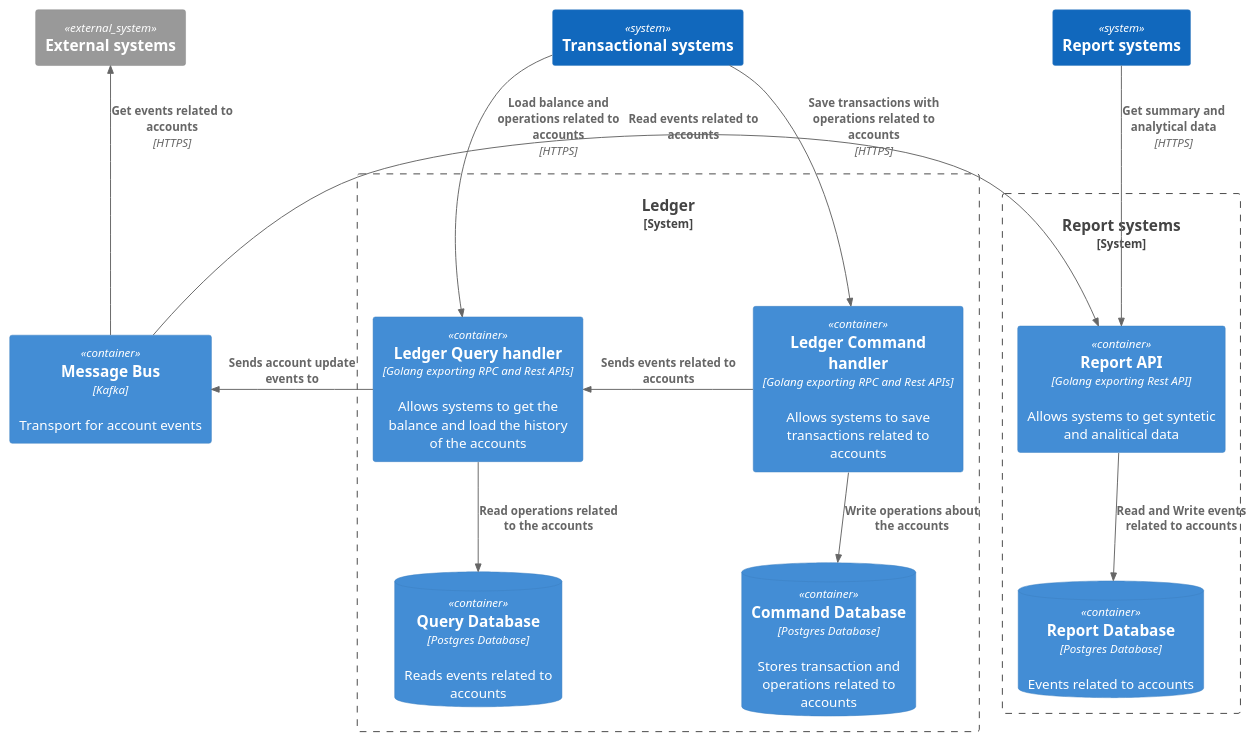
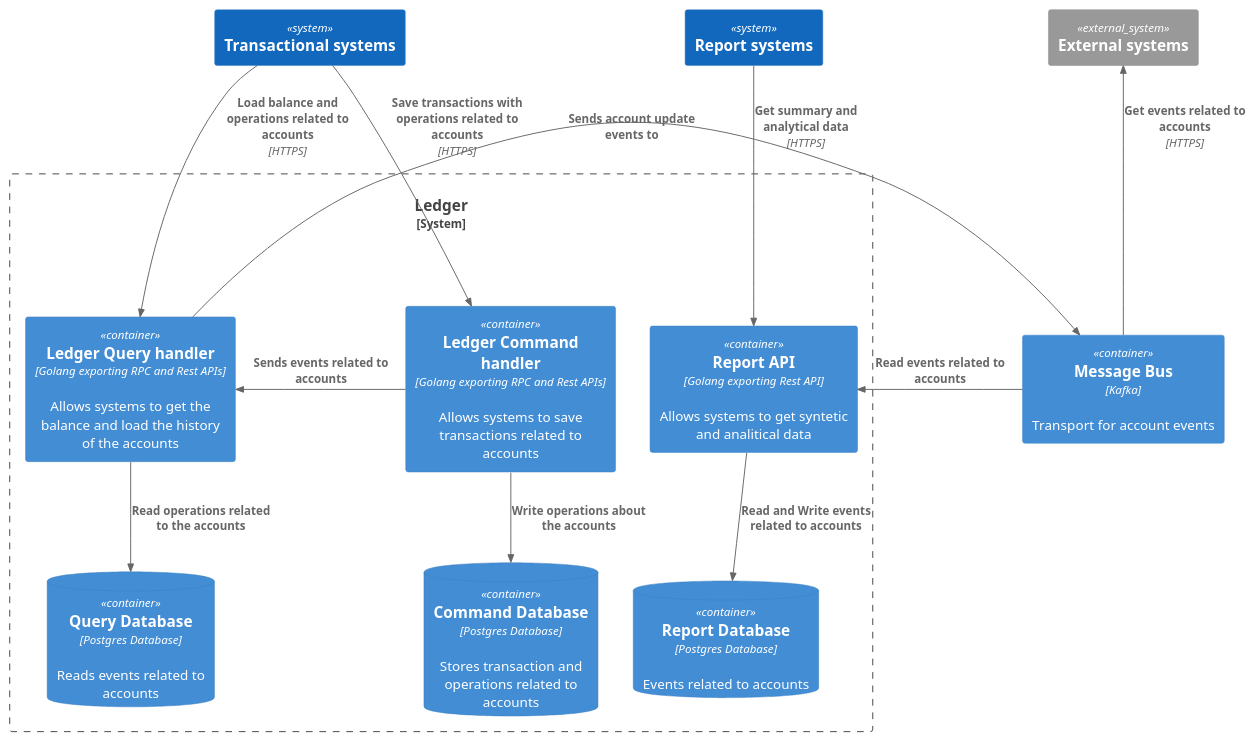
The diagram in docs/c4model/level_2_step_by_step/level_2_d_container_diagram.puml (fernandodr19/the-amazing-ledger), drawn with PlantUML before and after one commit. The commit also changed 7 other files, not shown here.

Commit message:
chore: update diagrams

```diff
--- a/docs/c4model/level_2_step_by_step/level_2_d_container_diagram.puml
+++ b/docs/c4model/level_2_step_by_step/level_2_d_container_diagram.puml
@@ -1,44 +1,44 @@
 @startuml Basic Sample
 !includeurl https://raw.githubusercontent.com/RicardoNiepel/C4-PlantUML/release/1-0/C4_Container.puml
 
 ' LAYOUT_LEFT_RIGHT
 ' LAYOUT_WITH_LEGEND()
 
 System(transactional_systems, "Transactional systems")
 System(report_systems, "Report systems")
 System_Ext(external_systems, "External systems")
 
 System_Boundary(ledger, "Ledger") {
     Container(ledger_command_api, "Ledger Command handler", "Golang exporting RPC and Rest APIs", "Allows systems to save transactions related to accounts")
     Container(ledger_query_api, "Ledger Query handler", "Golang exporting RPC and Rest APIs", "Allows systems to get the balance and load the history of the accounts")
     ContainerDb(query_database, "Query Database", "Postgres Database", "Reads events related to accounts")
     ContainerDb(command_database, "Command Database", "Postgres Database", "Stores transaction and operations related to accounts")
+    Container(report_api, "Report API", "Golang exporting Rest API", "Allows systems to get syntetic and analitical data")
+    ContainerDb(report_database, "Report Database", "Postgres Database", "Events related to accounts")
 }
 
 Container(message_bus, "Message Bus", "Kafka", "Transport for account events")
 
-Rel_L(ledger_query_api, message_bus, "Sends account update events to")
+Rel_Neighbor(ledger_query_api, message_bus, "Sends account update events to")
 
 Rel(ledger_command_api, command_database, "Write operations about the accounts")
 Rel(ledger_query_api, query_database, "Read operations related to the accounts")
 
 Rel(transactional_systems, ledger_command_api, "Save transactions with operations related to accounts", "HTTPS")
 Rel(transactional_systems, ledger_query_api, "Load balance and operations related to accounts", "HTTPS")
 
-System_Boundary(reports, "Report systems") {
-    Container(report_api, "Report API", "Golang exporting Rest API", "Allows systems to get syntetic and analitical data")
-    ContainerDb(report_database, "Report Database", "Postgres Database", "Events related to accounts")
-}
+' System_Boundary(reports, "Report systems") {
+' }
 
 Rel(report_api, report_database, "Read and Write events related to accounts")
 Rel_Back_Neighbor(report_api, message_bus, "Read events related to accounts")
 
 Rel(report_systems, report_api, "Get summary and analytical data", "HTTPS")
 
 Rel_Back(external_systems, message_bus, "Get events related to accounts", "HTTPS")
 
 Rel_Neighbor(ledger_command_api, ledger_query_api, "Sends events related to accounts")
 
-Lay_R(message_bus, report_api)
+' Lay_R(ledger_command_api, ledger_query_api)
 
 @enduml
```
